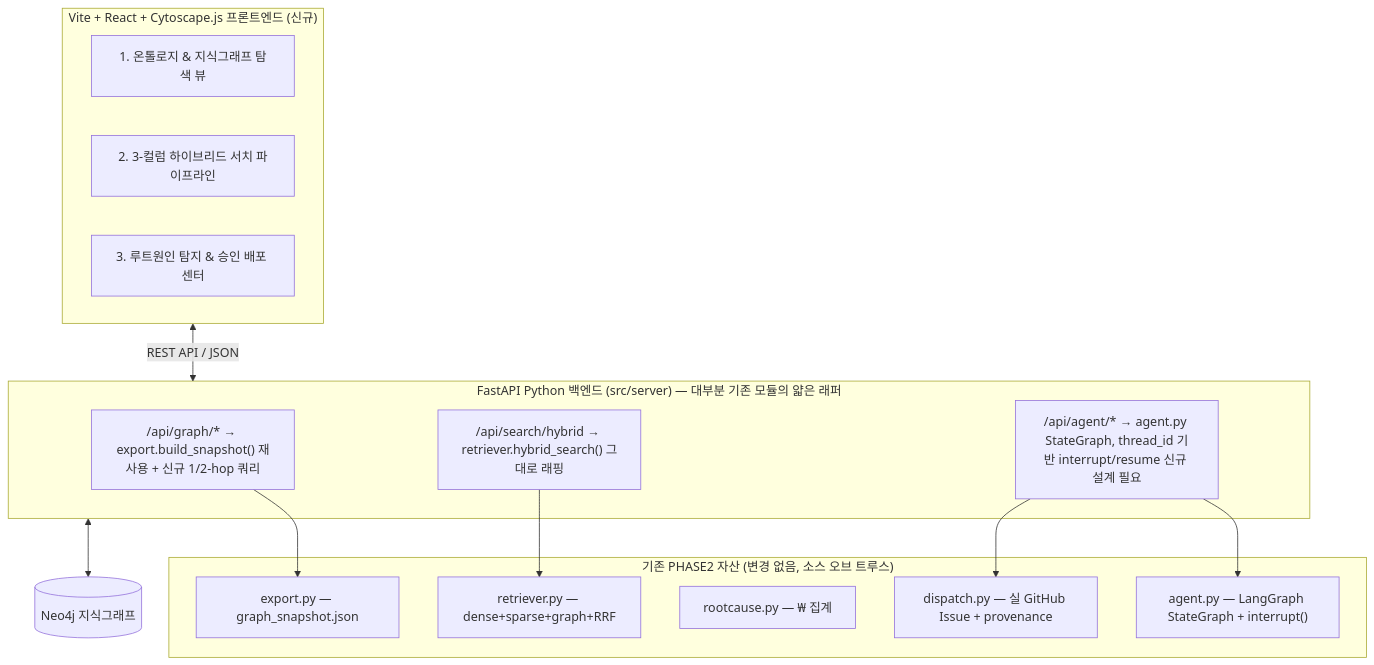
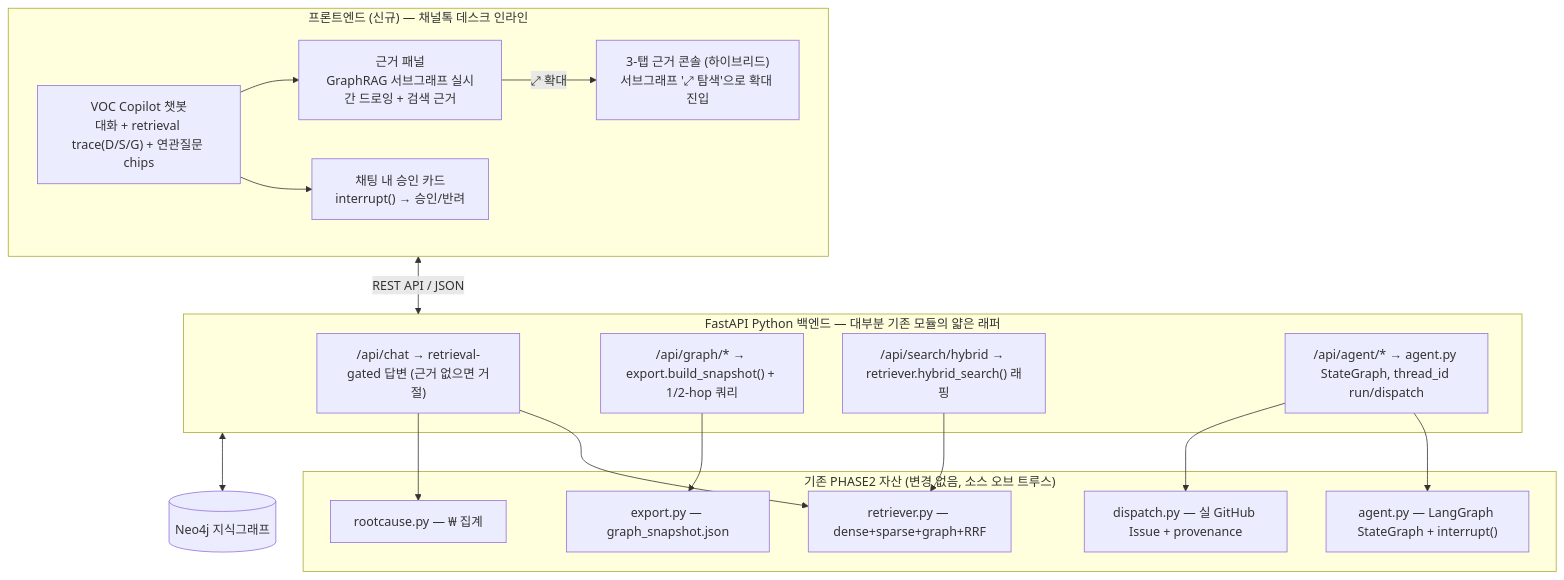
Before and after one commit to kanziman/channel-voc-demo: the diagram in src/docs/PHASE3_PLAN.md, drawn with Mermaid. The commit also changed other lines of this file and 3 other files, not shown here.

First line of the commit message:
docs: pivot PHASE3 to VOC Copilot chatbot + add feature checklist

````diff
--- a/src/docs/PHASE3_PLAN.md
+++ b/src/docs/PHASE3_PLAN.md
@@ -29,29 +33,36 @@
 ```mermaid
 flowchart TD
-    subgraph Frontend ["Vite + React + Cytoscape.js 프론트엔드 (신규)"]
-        TAB1["1. 온톨로지 & 지식그래프 탐색 뷰"]
-        TAB2["2. 3-컬럼 하이브리드 서치 파이프라인"]
-        TAB3["3. 루트원인 탐지 & 승인 배포 센터"]
+    subgraph Frontend ["프론트엔드 (신규) — 채널톡 데스크 인라인"]
+        CHAT["VOC Copilot 챗봇\n대화 + retrieval trace(D/S/G) + 연관질문 chips"]
+        EVID["근거 패널\nGraphRAG 서브그래프 실시간 드로잉 + 검색 근거"]
+        GATE["채팅 내 승인 카드\ninterrupt() → 승인/반려"]
+        CONSOLE["3-탭 근거 콘솔 (하이브리드)\n서브그래프 '⤢ 탐색'으로 확대 진입"]
+        CHAT --> EVID
+        CHAT --> GATE
+        EVID -->|"⤢ 확대"| CONSOLE
     end
 
-    subgraph Backend ["FastAPI Python 백엔드 (src/server) — 대부분 기존 모듈의 얇은 래퍼"]
-        API_GRAPH["/api/graph/* → export.build_snapshot() 재사용 + 신규 1/2-hop 쿼리"]
-        API_SEARCH["/api/search/hybrid → retriever.hybrid_search() 그대로 래핑"]
-        API_AGENT["/api/agent/* → agent.py StateGraph, thread_id 기반 interrupt/resume 신규 설계 필요"]
+    subgraph Backend ["FastAPI Python 백엔드 — 대부분 기존 모듈의 얇은 래퍼"]
+        API_CHAT["/api/chat → retrieval-gated 답변 (근거 없으면 거절)"]
+        API_GRAPH["/api/graph/* → export.build_snapshot() + 1/2-hop 쿼리"]
+        API_SEARCH["/api/search/hybrid → retriever.hybrid_search() 래핑"]
+        API_AGENT["/api/agent/* → agent.py StateGraph, thread_id run/dispatch"]
     end
 
     subgraph Existing ["기존 PHASE2 자산 (변경 없음, 소스 오브 트루스)"]
         RETRIEVER["retriever.py — dense+sparse+graph+RRF"]
         AGENT["agent.py — LangGraph StateGraph + interrupt()"]
         ROOTCAUSE["rootcause.py — ₩ 집계"]
         EXPORT["export.py — graph_snapshot.json"]
         DISPATCH["dispatch.py — 실 GitHub Issue + provenance"]
     end
 
     Frontend <-->|"REST API / JSON"| Backend
+    API_CHAT --> RETRIEVER
     API_SEARCH --> RETRIEVER
     API_AGENT --> AGENT
     API_AGENT --> DISPATCH
     API_GRAPH --> EXPORT
+    API_CHAT --> ROOTCAUSE
     Backend <--> NEO4J[("Neo4j 지식그래프")]
 ```
````
